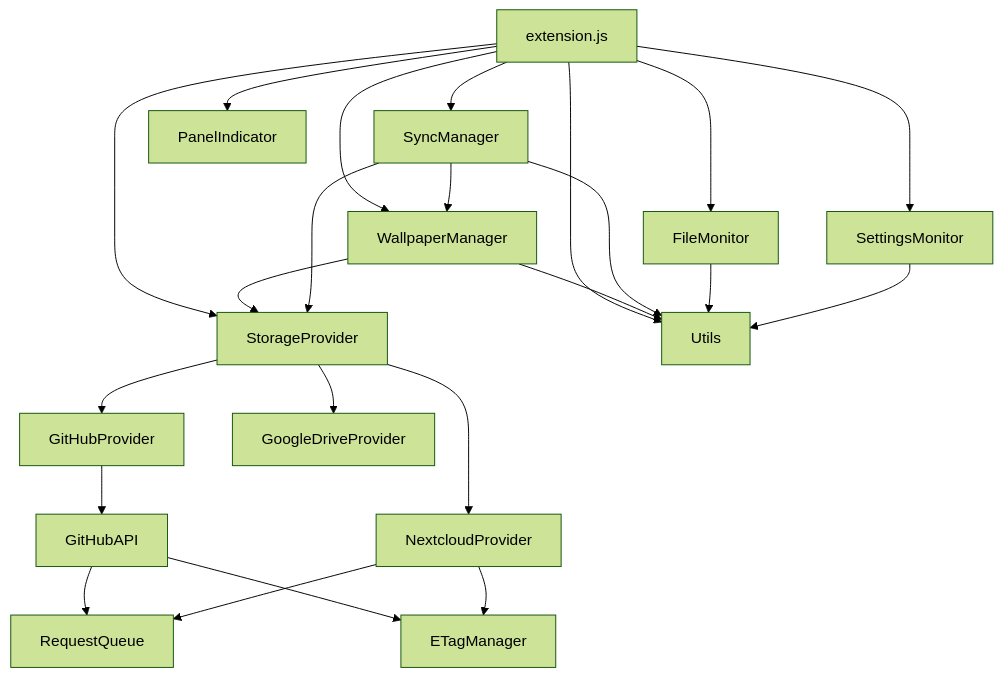
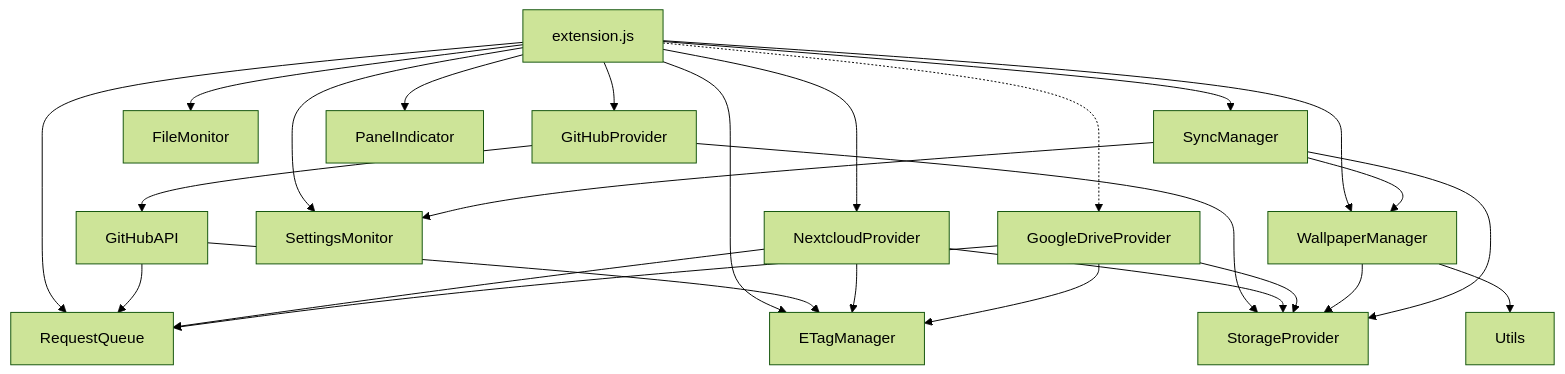
The diagram in STRUCTURE.md (gavindi/gnoming-profiles), drawn with Mermaid (forest theme) before and after one commit. The commit also changed 14 other files, not shown here.

````diff
--- a/STRUCTURE.md
+++ b/STRUCTURE.md
@@ -90,25 +90,28 @@
 ```mermaid
 graph TD
-    A[extension.js] --> SP[StorageProvider]
-    SP --> GP[GitHubProvider]
-    SP --> NP[NextcloudProvider]
-    SP --> GD[GoogleDriveProvider]
-    GP --> D[GitHubAPI]
-    D --> B[RequestQueue]
-    D --> C[ETagManager]
-    NP --> B
-    NP --> C
+    A[extension.js] --> B[RequestQueue]
+    A --> C[ETagManager]
+    A --> GP[GitHubProvider]
+    A --> NP[NextcloudProvider]
+    A -.-> GD[GoogleDriveProvider]
     A --> E[FileMonitor]
     A --> F[SettingsMonitor]
     A --> G[WallpaperManager]
     A --> H[SyncManager]
     A --> I[PanelIndicator]
-    A --> J[Utils]
+    GP --> SP[StorageProvider]
+    GP --> D[GitHubAPI]
+    NP --> SP
+    GD --> SP
+    D --> B
+    D --> C
+    NP --> B
+    NP --> C
+    GD --> B
+    GD --> C
     G --> SP
-    G --> J
+    G --> J[Utils]
     H --> SP
     H --> G
-    H --> J
-    E --> J
-    F --> J
+    H --> F
 ```
````
